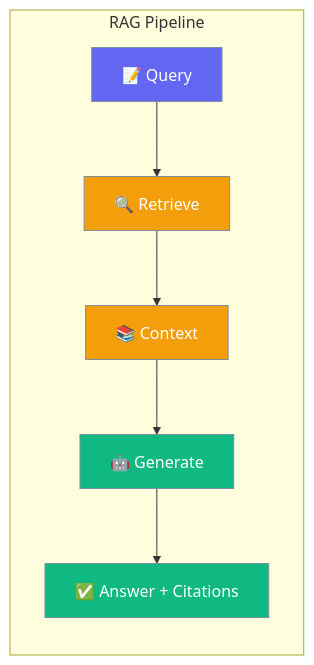
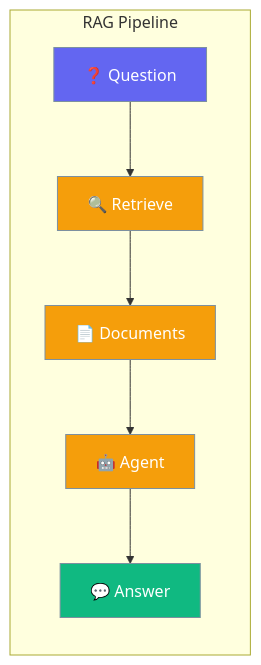
Before and after one commit to MervinPraison/PraisonAIDocs: the diagram in docs/rust/rag.mdx, drawn with Mermaid. The commit also changed other lines of this file and 87 other files, not shown here.

````diff
--- a/docs/rust/rag.mdx
+++ b/docs/rust/rag.mdx
@@ -10,17 +10,17 @@
 ```mermaid
 graph LR
     subgraph "RAG Pipeline"
-        Q[📝 Query] --> R[🔍 Retrieve]
-        R --> C[📚 Context]
-        C --> G[🤖 Generate]
-        G --> A[✅ Answer + Citations]
+        Q[❓ Question] --> R[🔍 Retrieve]
+        R --> D[📄 Documents]
+        D --> A[🤖 Agent]
+        A --> O[💬 Answer]
     end
     
     classDef input fill:#6366F1,stroke:#7C90A0,color:#fff
     classDef process fill:#F59E0B,stroke:#7C90A0,color:#fff
     classDef output fill:#10B981,stroke:#7C90A0,color:#fff
     
     class Q input
-    class R,C process
-    class G,A output
+    class R,D,A process
+    class O output
 ```
````
